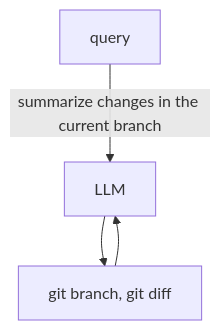
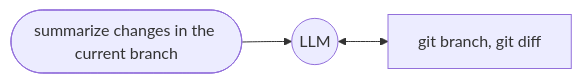
Before and after one commit to microsoft/genaiscript: the second of 4 diagrams in docs/src/content/docs/reference/scripts/agents.mdx, drawn with Mermaid. The commit also changed other lines of this file, not shown here.

Commit message:
Update mermaid diagrams to new flowchart syntax and structure 📊💡

````diff
--- a/docs/src/content/docs/reference/scripts/agents.mdx
+++ b/docs/src/content/docs/reference/scripts/agents.mdx
@@ -39,7 +41,6 @@
 ```mermaid
-flowchart TD
-    query["query"] -->  |"summarize changes in the current branch"| LLM
+flowchart LR
+    query(["summarize changes in the current branch"]) --> LLM((LLM))
 
-    LLM --> git_tools["git branch, git diff"]
-    git_tools --> LLM
+    LLM <--> git_tools["git branch, git diff"]
 ```
````
